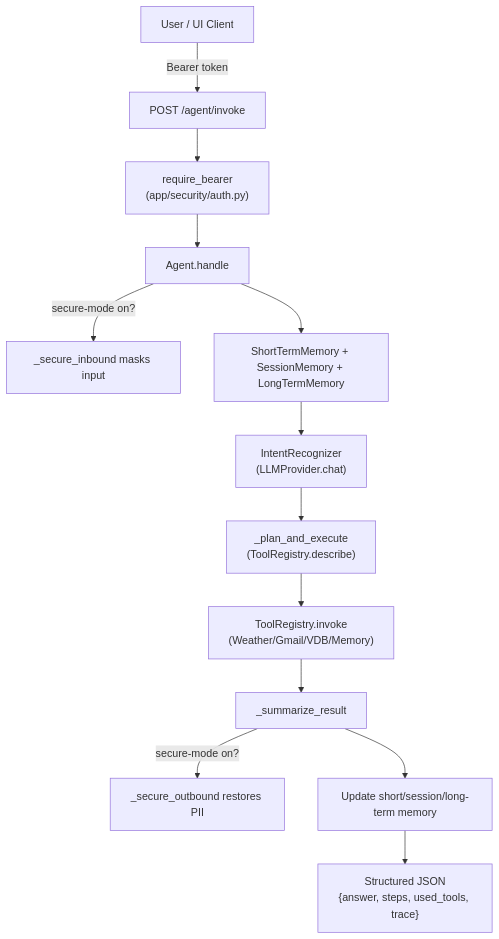
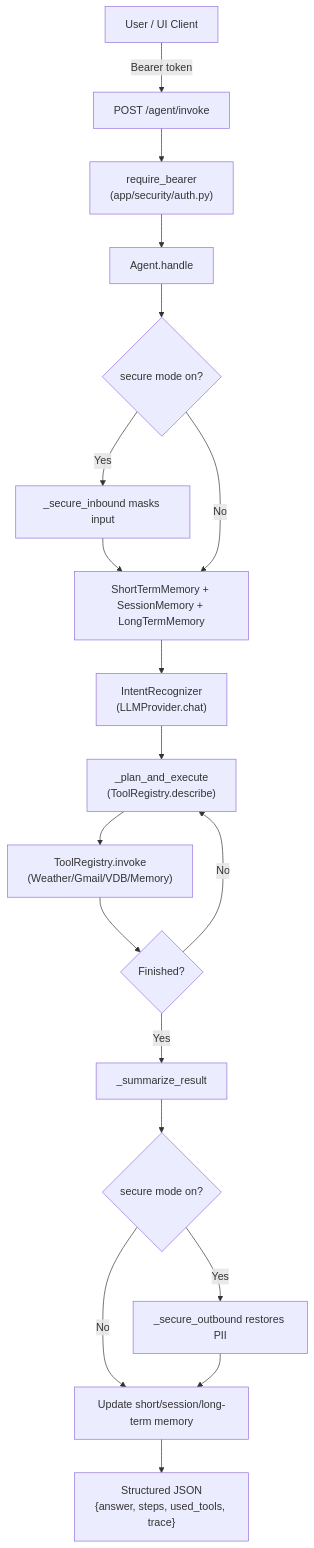
One commit to JiangXue0820/agentic_ai_chatbot changed the second of 6 diagrams in design_report.md. Above: the diagram before and after it, drawn with Mermaid.

Commit message:
update design report diagram

````diff
--- a/design_report.md
+++ b/design_report.md
@@ -122,15 +122,21 @@
 ```mermaid
 graph TD
     User[User / UI Client] -->|Bearer token| Invoke[POST /agent/invoke]
     Invoke --> Auth["require_bearer\n(app/security/auth.py)"]
     Auth --> AgentHandle[Agent.handle]
-    AgentHandle -->|secure-mode on?| SecureIn[_secure_inbound masks input]
-    AgentHandle --> Context[ShortTermMemory + SessionMemory + LongTermMemory]
+    AgentHandle --> SecureCheck{secure mode on?}
+    SecureCheck -->|Yes| SecureIn[_secure_inbound masks input]
+    SecureIn --> Context[ShortTermMemory + SessionMemory + LongTermMemory]
+    SecureCheck -->|No| Context
     Context --> Intent["IntentRecognizer\n(LLMProvider.chat)"]
     Intent --> Plan["_plan_and_execute\n(ToolRegistry.describe)"]
     Plan --> Exec["ToolRegistry.invoke\n(Weather/Gmail/VDB/Memory)"]
-    Exec --> Summarize[_summarize_result]
-    Summarize -->|secure-mode on?| SecureOut[_secure_outbound restores PII]
-    Summarize --> MemoryUpdate[Update short/session/long-term memory]
+    Exec --> LoopCheck{Finished?}
+    LoopCheck -->|No| Plan
+    LoopCheck -->|Yes| Summarize[_summarize_result]
+    Summarize --> SecureOutCheck{secure mode on?}
+    SecureOutCheck -->|Yes| SecureOut[_secure_outbound restores PII]
+    SecureOutCheck -->|No| MemoryUpdate[Update short/session/long-term memory]
+    SecureOut --> MemoryUpdate
     MemoryUpdate --> Response["Structured JSON\n{answer, steps, used_tools, trace}"]
 ```
````
